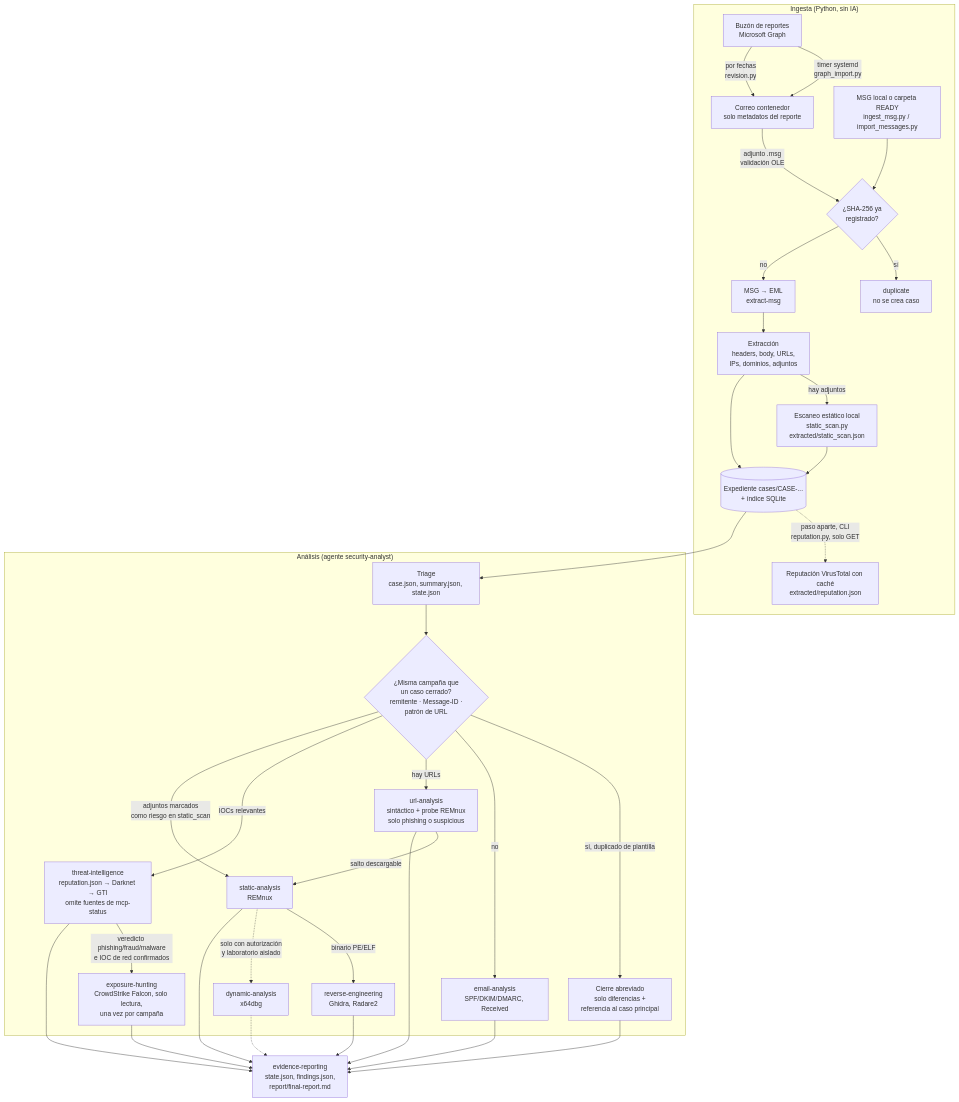
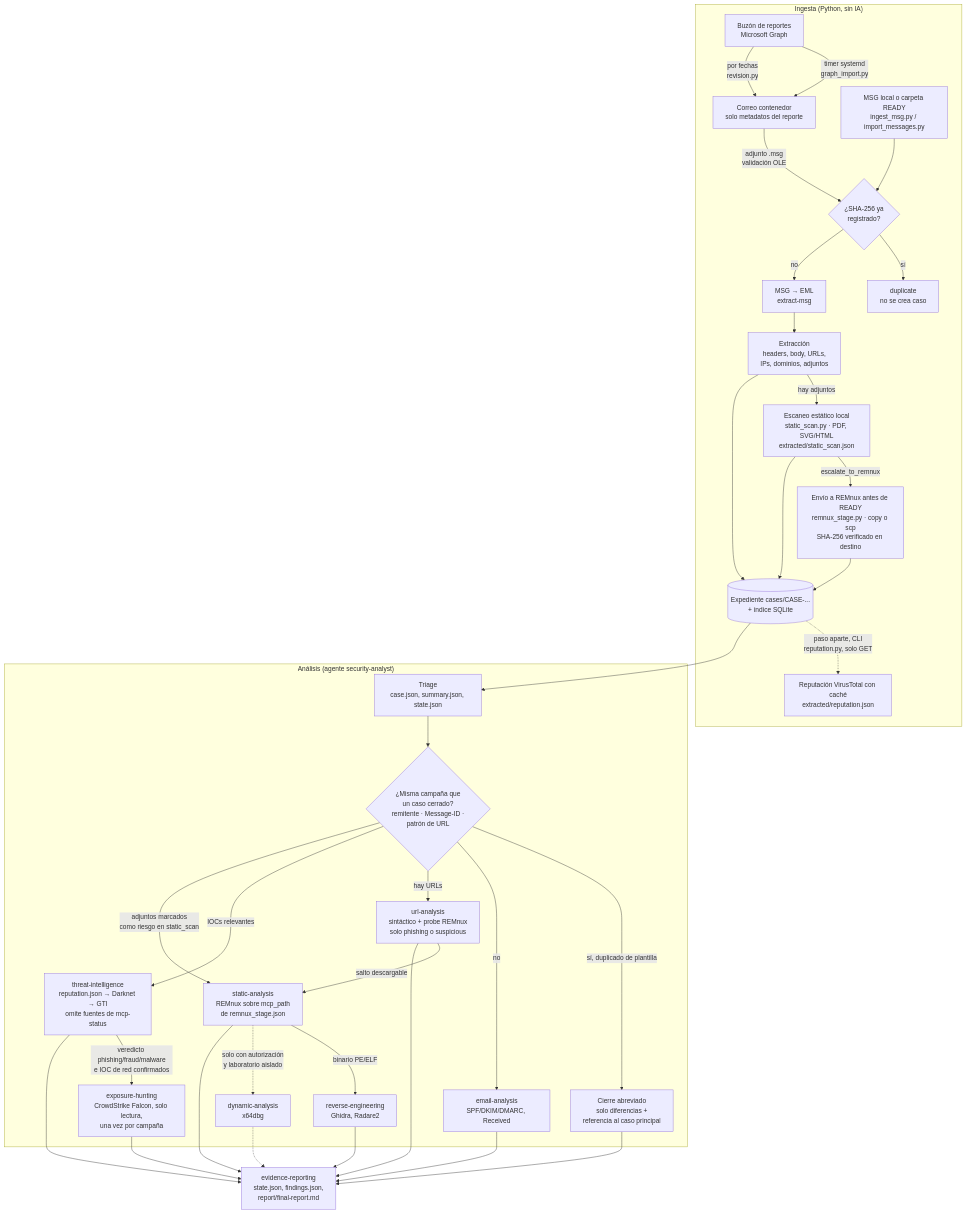
The second of 2 diagrams in README.md (aemunozr/superphishing), drawn with Mermaid before and after one commit. The commit also changed other lines of this file and 12 other files, not shown here.

````diff
--- a/README.md
+++ b/README.md
@@ -83,40 +84,42 @@
 ```mermaid
 flowchart TD
     subgraph Ingesta["Ingesta (Python, sin IA)"]
         A[Buzón de reportes<br/>Microsoft Graph] -->|timer systemd<br/>graph_import.py| C
         A -->|por fechas<br/>revision.py| C
         B[MSG local o carpeta READY<br/>ingest_msg.py / import_messages.py] --> D
         C[Correo contenedor<br/>solo metadatos del reporte] -->|adjunto .msg<br/>validación OLE| D
         D{¿SHA-256 ya<br/>registrado?} -->|sí| X[duplicate<br/>no se crea caso]
         D -->|no| E[MSG → EML<br/>extract-msg]
         E --> F[Extracción<br/>headers, body, URLs,<br/>IPs, dominios, adjuntos]
-        F -->|hay adjuntos| SS[Escaneo estático local<br/>static_scan.py<br/>extracted/static_scan.json]
+        F -->|hay adjuntos| SS["Escaneo estático local<br/>static_scan.py · PDF, SVG/HTML<br/>extracted/static_scan.json"]
         F --> G[(Expediente cases/CASE-...<br/>+ índice SQLite)]
+        SS -->|escalate_to_remnux| RS["Envío a REMnux antes de READY<br/>remnux_stage.py · copy o scp<br/>SHA-256 verificado en destino"]
         SS --> G
+        RS --> G
         G -.->|paso aparte, CLI<br/>reputation.py, solo GET| RP[Reputación VirusTotal con caché<br/>extracted/reputation.json]
     end
 
     subgraph Analisis["Análisis (agente security-analyst)"]
         G --> H[Triage<br/>case.json, summary.json, state.json]
         H --> CP{"¿Misma campaña que<br/>un caso cerrado?<br/>remitente · Message-ID ·<br/>patrón de URL"}
         CP -->|sí, duplicado de plantilla| AB["Cierre abreviado<br/>solo diferencias +<br/>referencia al caso principal"]
         CP -->|no| I[email-analysis<br/>SPF/DKIM/DMARC, Received]
         CP -->|hay URLs| J["url-analysis<br/>sintáctico + probe REMnux<br/>solo phishing o suspicious"]
         CP -->|IOCs relevantes| K["threat-intelligence<br/>reputation.json → Darknet → GTI<br/>omite fuentes de mcp-status"]
-        CP -->|adjuntos marcados<br/>como riesgo en static_scan| L[static-analysis<br/>REMnux]
+        CP -->|adjuntos marcados<br/>como riesgo en static_scan| L["static-analysis<br/>REMnux sobre mcp_path<br/>de remnux_stage.json"]
         J -->|salto descargable| L
         K -->|veredicto phishing/fraud/malware<br/>e IOC de red confirmados| O[exposure-hunting<br/>CrowdStrike Falcon, solo lectura,<br/>una vez por campaña]
         L -->|binario PE/ELF| M[reverse-engineering<br/>Ghidra, Radare2]
         L -.->|solo con autorización<br/>y laboratorio aislado| N[dynamic-analysis<br/>x64dbg]
     end
 
     I --> R
     J --> R
     K --> R
     L --> R
     M --> R
     N -.-> R
     O --> R
     AB --> R
     R[evidence-reporting<br/>state.json, findings.json,<br/>report/final-report.md]
 ```
````
